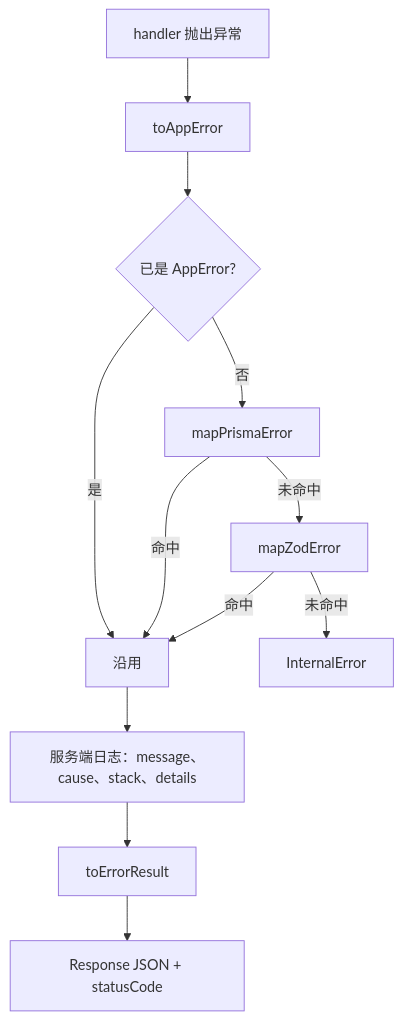
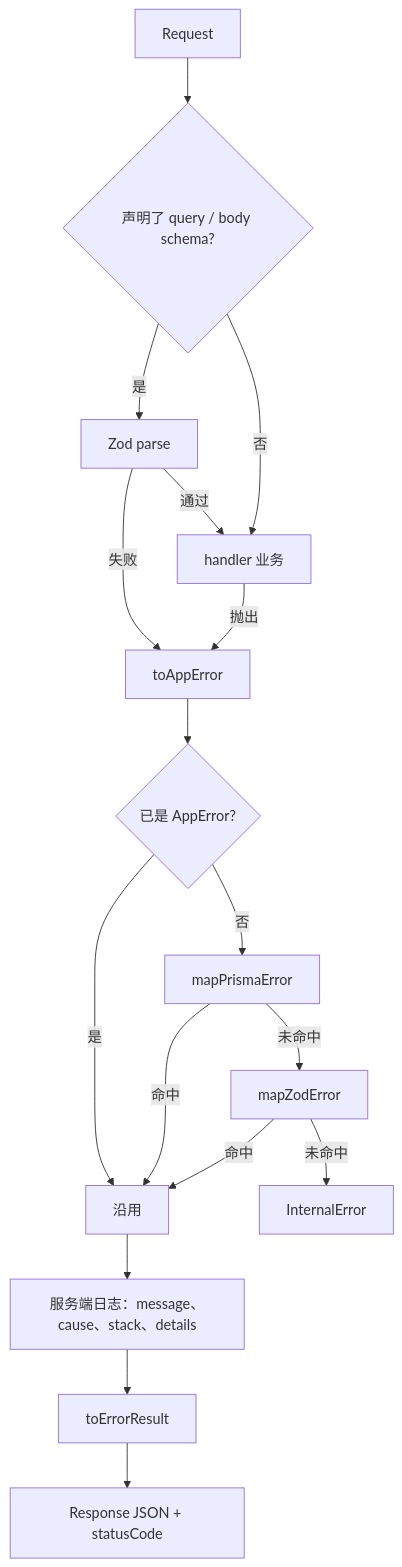
Before and after one commit to CaiBaoCaiBao/portal: the diagram in doc/excerption.md, drawn with Mermaid. The commit also changed other lines of this file, not shown here.

````diff
--- a/doc/excerption.md
+++ b/doc/excerption.md
@@ -42,14 +42,19 @@
 ```mermaid
 flowchart TB
-  throw["handler 抛出异常"] --> toApp["toAppError"]
+  req["Request"] --> parse{"声明了 query / body schema?"}
+  parse -->|是| zodParse["Zod parse"]
+  zodParse -->|失败| toApp["toAppError"]
+  zodParse -->|通过| biz["handler 业务"]
+  parse -->|否| biz
+  biz -->|抛出| toApp
   toApp --> already{"已是 AppError?"}
   already -->|是| app["沿用"]
   already -->|否| prisma["mapPrismaError"]
   prisma -->|命中| app
   prisma -->|未命中| zod["mapZodError"]
   zod -->|命中| app
   zod -->|未命中| internal["InternalError"]
   app --> log["服务端日志：message、cause、stack、details"]
   log --> wire["toErrorResult"]
   wire --> json["Response JSON + statusCode"]
 ```
````
